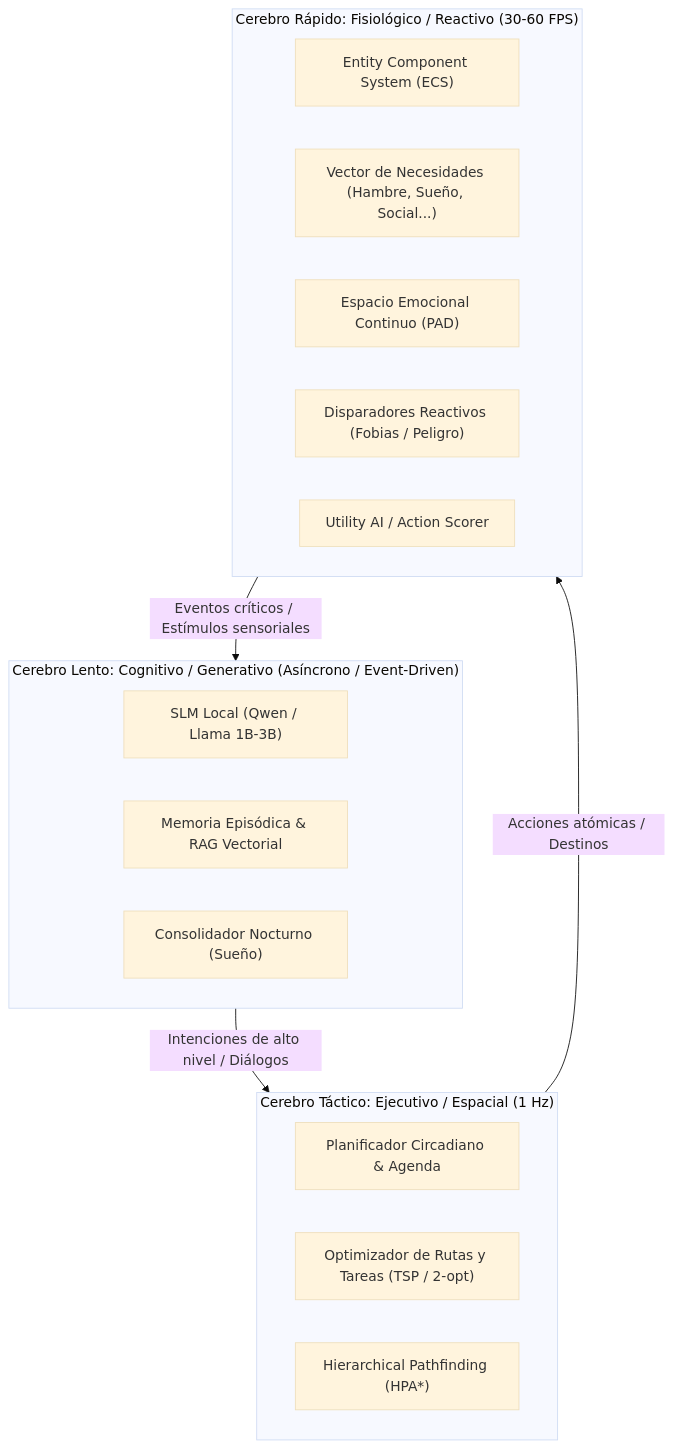
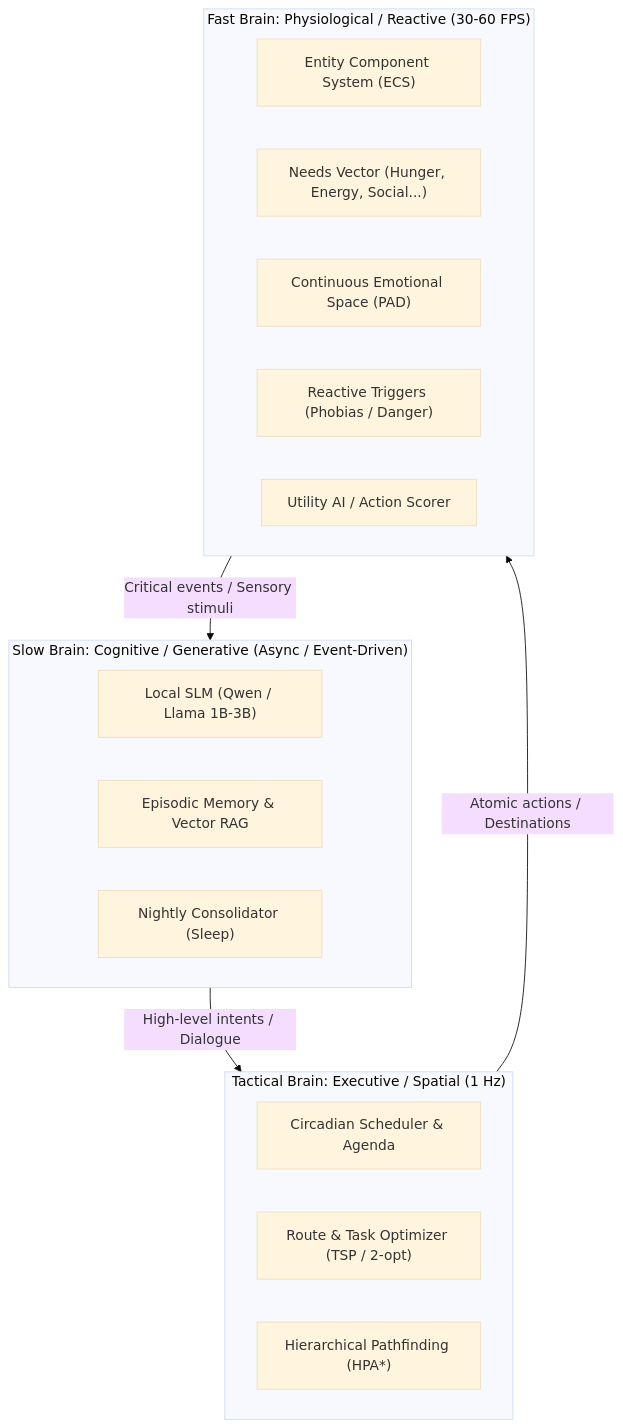
Before and after one commit to mcarbonell/sentient-npc-architecture: the diagram in README.md, drawn with Mermaid (base theme). The commit also changed other lines of this file and 7 other files, not shown here.

Commit message:
docs: add comprehensive design and architecture documentation for sentient NPC system

````diff
--- a/README.md
+++ b/README.md
@@ -21,26 +21,26 @@
 ```mermaid
 graph TD
-    subgraph CapaCognitiva ["Cerebro Lento: Cognitivo / Generativo (Asíncrono / Event-Driven)"]
-        LLM["SLM Local (Qwen / Llama 1B-3B)"]
-        MemoriaEpisodica["Memoria Episódica & RAG Vectorial"]
-        Consolidacion["Consolidador Nocturno (Sueño)"]
+    subgraph CognitiveLayer ["Slow Brain: Cognitive / Generative (Async / Event-Driven)"]
+        LLM["Local SLM (Qwen / Llama 1B-3B)"]
+        EpisodicMemory["Episodic Memory & Vector RAG"]
+        Consolidation["Nightly Consolidator (Sleep)"]
     end
 
-    subgraph CapaEjecutiva ["Cerebro Táctico: Ejecutivo / Espacial (1 Hz)"]
-        Agenda["Planificador Circadiano & Agenda"]
-        TSP["Optimizador de Rutas y Tareas (TSP / 2-opt)"]
+    subgraph ExecutiveLayer ["Tactical Brain: Executive / Spatial (1 Hz)"]
+        Agenda["Circadian Scheduler & Agenda"]
+        TSP["Route & Task Optimizer (TSP / 2-opt)"]
         HPA["Hierarchical Pathfinding (HPA*)"]
     end
 
-    subgraph CapaReactiva ["Cerebro Rápido: Fisiológico / Reactivo (30-60 FPS)"]
+    subgraph ReactiveLayer ["Fast Brain: Physiological / Reactive (30-60 FPS)"]
         ECS["Entity Component System (ECS)"]
-        Necesidades["Vector de Necesidades (Hambre, Sueño, Social...)"]
-        Emociones["Espacio Emocional Continuo (PAD)"]
-        Fobias["Disparadores Reactivos (Fobias / Peligro)"]
+        Needs["Needs Vector (Hunger, Energy, Social...)"]
+        Emotions["Continuous Emotional Space (PAD)"]
+        Phobias["Reactive Triggers (Phobias / Danger)"]
         UtilityAI["Utility AI / Action Scorer"]
     end
 
-    CapaCognitiva -->|"Intenciones de alto nivel / Diálogos"| CapaEjecutiva
-    CapaEjecutiva -->|"Acciones atómicas / Destinos"| CapaReactiva
-    CapaReactiva -->|"Eventos críticos / Estímulos sensoriales"| CapaCognitiva
+    CognitiveLayer -->|"High-level intents / Dialogue"| ExecutiveLayer
+    ExecutiveLayer -->|"Atomic actions / Destinations"| ReactiveLayer
+    ReactiveLayer -->|"Critical events / Sensory stimuli"| CognitiveLayer
 ```
````
